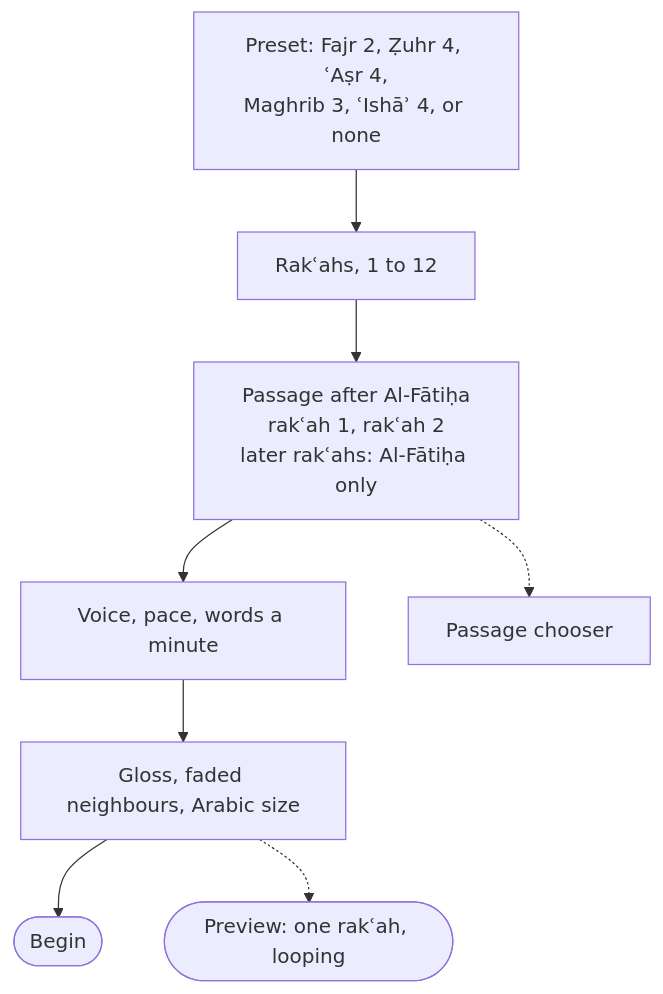
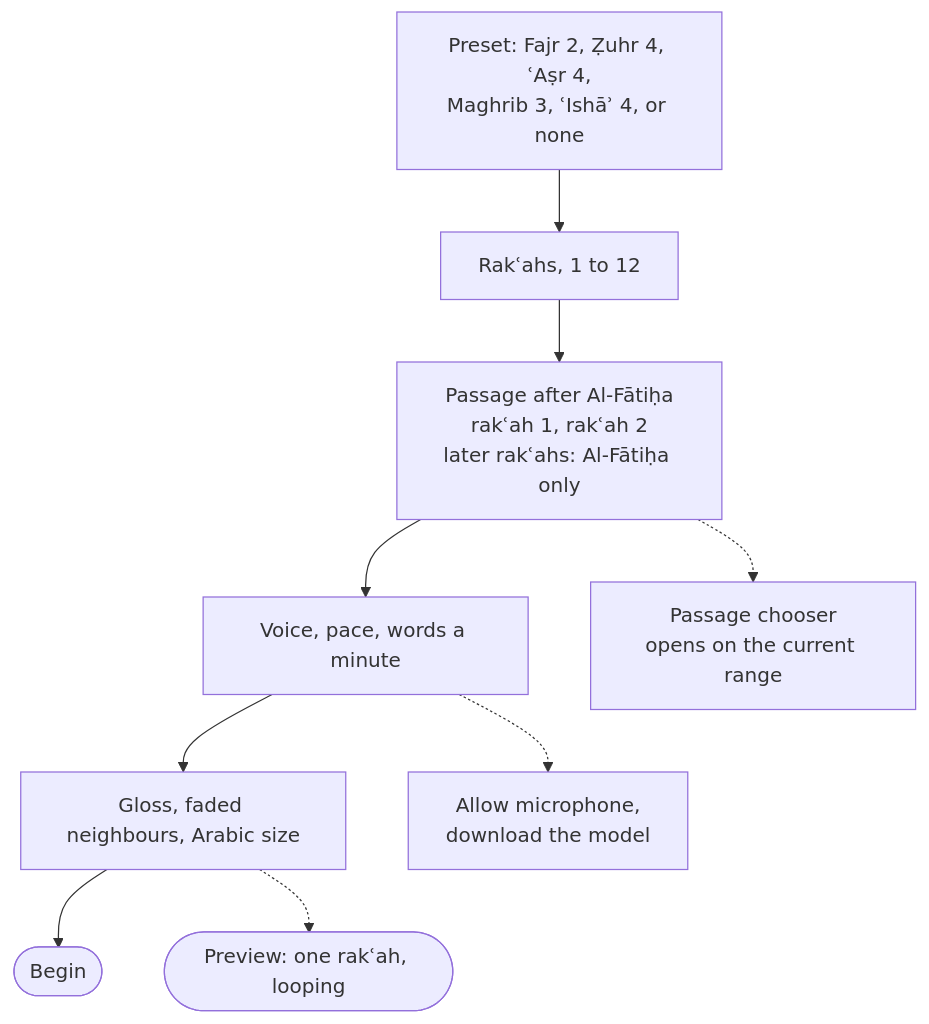
The sixth of 7 diagrams in docs/architecture/app/sets-and-reader.md (MohammadBnei/wird), drawn with Mermaid before and after one commit. The commit also changed other lines of this file and 8 other files, not shown here.

````diff
--- a/docs/architecture/app/sets-and-reader.md
+++ b/docs/architecture/app/sets-and-reader.md
@@ -282,10 +282,11 @@
 ```mermaid
 flowchart TB
   preset["Preset: Fajr 2, Ẓuhr 4, ʿAṣr 4,<br/>Maghrib 3, ʿIshāʾ 4, or none"] --> count["Rakʿahs, 1 to 12"]
   count --> passages["Passage after Al-Fātiḥa<br/>rakʿah 1, rakʿah 2<br/>later rakʿahs: Al-Fātiḥa only"]
   passages --> movement["Voice, pace, words a minute"]
   movement --> display["Gloss, faded neighbours, Arabic size"]
   display --> begin(["Begin"])
-  passages -.-> chooser["Passage chooser"]
+  passages -.-> chooser["Passage chooser<br/>opens on the current range"]
+  movement -.-> setup["Allow microphone,<br/>download the model"]
   display -.-> preview(["Preview: one rakʿah, looping"])
 ```
````
